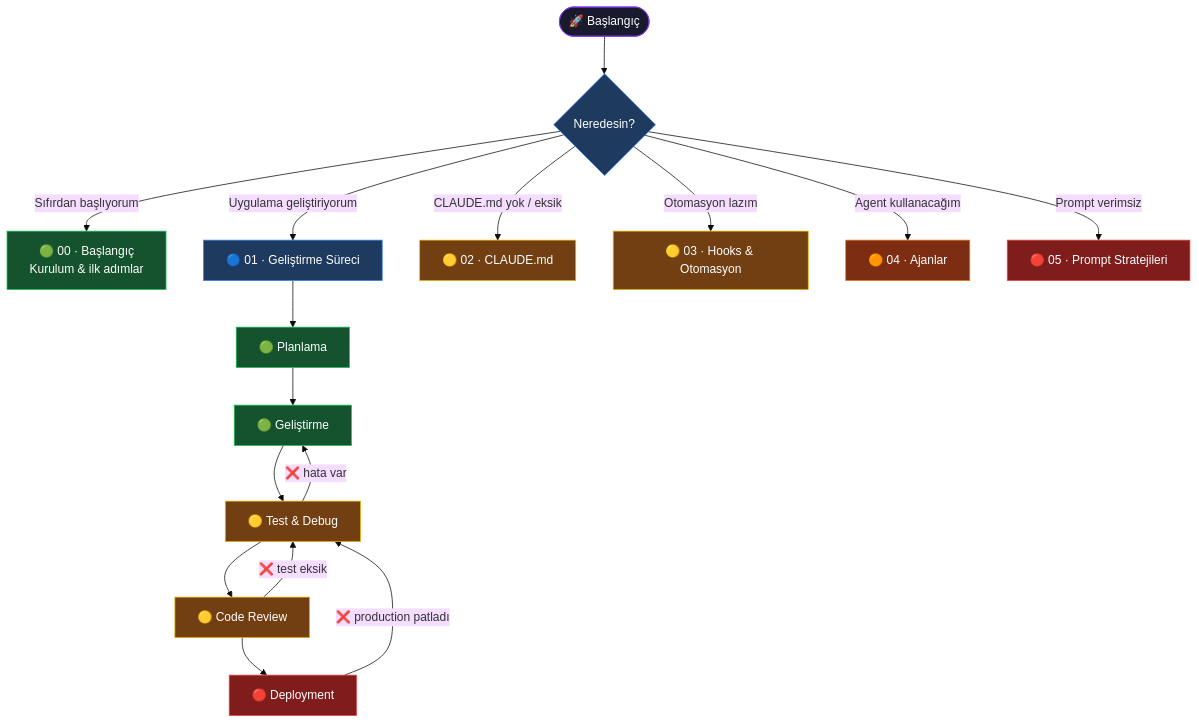
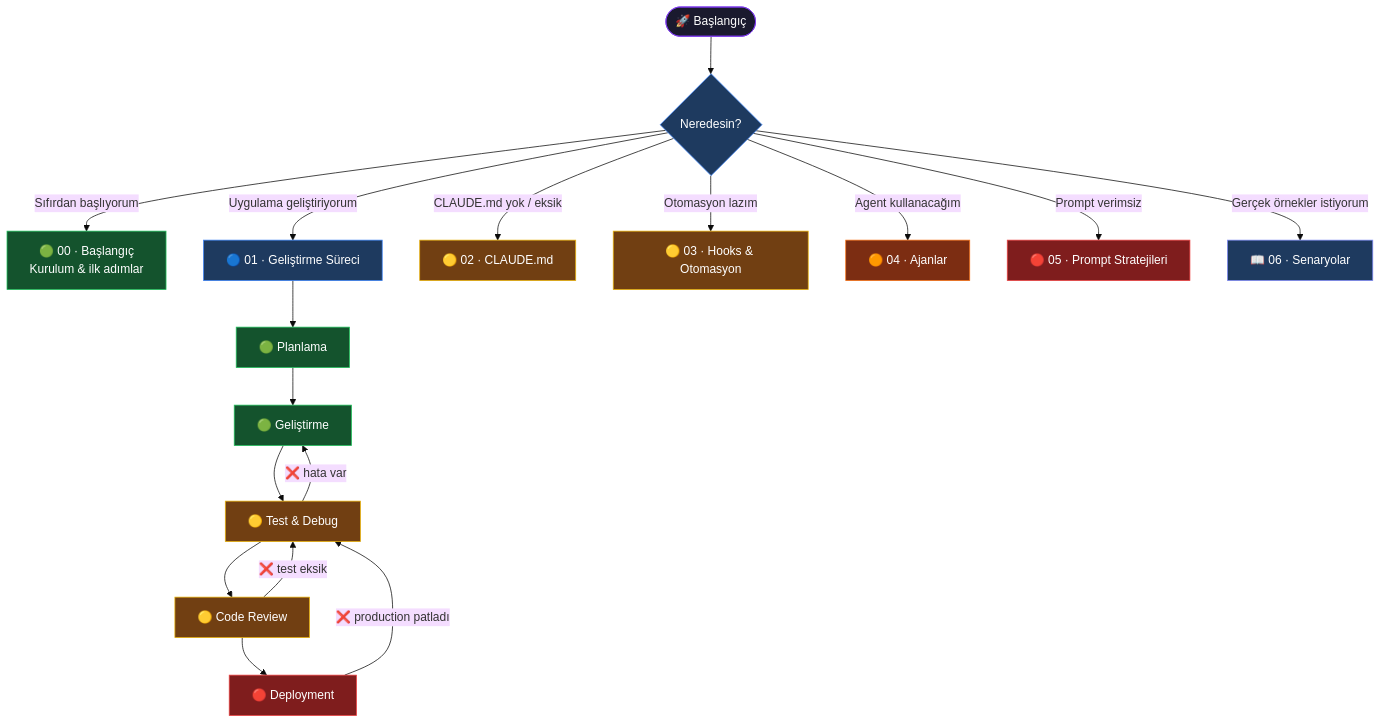
The diagram in README.md (ismailcelik-tr/claude-code-guide), drawn with Mermaid (base theme) before and after one commit. The commit also changed other lines of this file and 5 other files, not shown here.

````diff
--- a/README.md
+++ b/README.md
@@ -12,47 +12,50 @@
 ```mermaid
 flowchart TD
     START([🚀 Başlangıç]) --> KARAR{Neredesin?}
 
     KARAR -->|Sıfırdan başlıyorum| B00["🟢 00 · Başlangıç\nKurulum & ilk adımlar"]
     KARAR -->|Uygulama geliştiriyorum| SDLC["🔵 01 · Geliştirme Süreci"]
     KARAR -->|CLAUDE.md yok / eksik| CMD["🟡 02 · CLAUDE.md"]
     KARAR -->|Otomasyon lazım| HOOK["🟡 03 · Hooks & Otomasyon"]
     KARAR -->|Agent kullanacağım| AJAN["🟠 04 · Ajanlar"]
     KARAR -->|Prompt verimsiz| PROMPT["🔴 05 · Prompt Stratejileri"]
+    KARAR -->|Gerçek örnekler istiyorum| SCN["📖 06 · Senaryolar"]
 
     SDLC --> P1["🟢 Planlama"]
     P1 --> P2["🟢 Geliştirme"]
     P2 --> P3["🟡 Test & Debug"]
     P3 --> P4["🟡 Code Review"]
     P4 --> P5["🔴 Deployment"]
 
     P3 -- "❌ hata var" --> P2
     P4 -- "❌ test eksik" --> P3
     P5 -- "❌ production patladı" --> P3
 
     click B00 href "https://github.com/ismailcelik-tr/claude-code-guide/blob/main/00-baslangic/README.md"
     click SDLC href "https://github.com/ismailcelik-tr/claude-code-guide/blob/main/01-gelistirme-sureci/README.md"
     click P1 href "https://github.com/ismailcelik-tr/claude-code-guide/blob/main/01-gelistirme-sureci/01-planlama.md"
     click P2 href "https://github.com/ismailcelik-tr/claude-code-guide/blob/main/01-gelistirme-sureci/02-gelistirme.md"
     click P3 href "https://github.com/ismailcelik-tr/claude-code-guide/blob/main/01-gelistirme-sureci/03-test-ve-debug.md"
     click P4 href "https://github.com/ismailcelik-tr/claude-code-guide/blob/main/01-gelistirme-sureci/04-code-review.md"
     click P5 href "https://github.com/ismailcelik-tr/claude-code-guide/blob/main/01-gelistirme-sureci/05-deployment.md"
     click CMD href "https://github.com/ismailcelik-tr/claude-code-guide/blob/main/02-claude-md/README.md"
     click HOOK href "https://github.com/ismailcelik-tr/claude-code-guide/blob/main/03-hooks-otomasyon/README.md"
     click AJAN href "https://github.com/ismailcelik-tr/claude-code-guide/blob/main/04-ajanlar/README.md"
     click PROMPT href "https://github.com/ismailcelik-tr/claude-code-guide/blob/main/05-prompt-stratejileri/README.md"
+    click SCN href "https://github.com/ismailcelik-tr/claude-code-guide/blob/main/06-senaryolar/README.md"
 
     style START fill:#1a1a2e,color:#fff,stroke:#7c3aed
     style KARAR fill:#1e3a5f,color:#fff,stroke:#3b82f6
     style B00 fill:#14532d,color:#fff,stroke:#22c55e
     style SDLC fill:#1e3a5f,color:#fff,stroke:#3b82f6
     style P1 fill:#14532d,color:#fff,stroke:#22c55e
     style P2 fill:#14532d,color:#fff,stroke:#22c55e
     style P3 fill:#713f12,color:#fff,stroke:#eab308
     style P4 fill:#713f12,color:#fff,stroke:#eab308
     style P5 fill:#7f1d1d,color:#fff,stroke:#ef4444
     style CMD fill:#713f12,color:#fff,stroke:#eab308
     style HOOK fill:#713f12,color:#fff,stroke:#eab308
     style AJAN fill:#7c2d12,color:#fff,stroke:#f97316
     style PROMPT fill:#7f1d1d,color:#fff,stroke:#ef4444
+    style SCN fill:#1e3a5f,color:#fff,stroke:#818cf8
 ```
````
